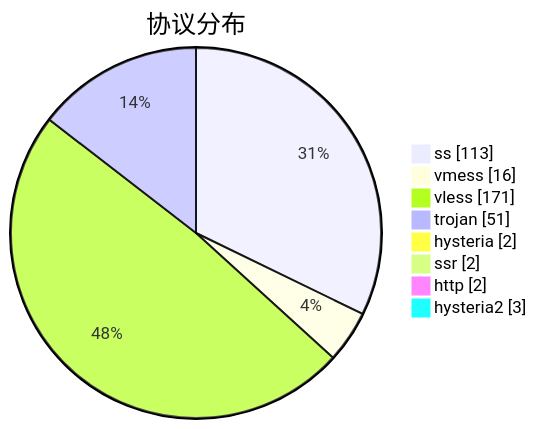
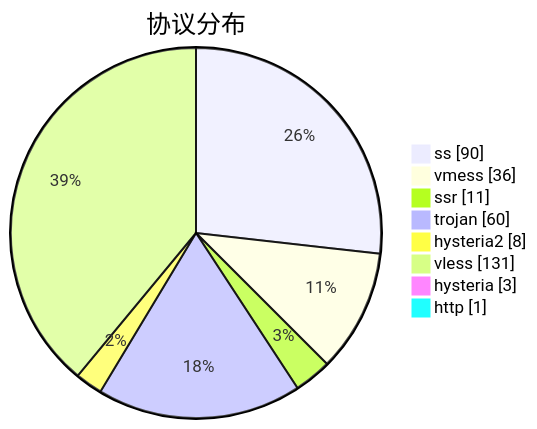
One commit to sinspired/airport changed the third of 3 diagrams in subs/statistics/tested_within.md. Above: the diagram before and after it, drawn with Mermaid. The commit also changed other lines of this file and 2 other files, not shown here.

````diff
--- a/subs/statistics/tested_within.md
+++ b/subs/statistics/tested_within.md
@@ -68,12 +63,12 @@
 ```mermaid
 pie showData
 title 协议分布
-"ss" : 113
-"vmess" : 16
-"vless" : 171
-"trojan" : 51
-"hysteria" : 2
-"ssr" : 2
-"http" : 2
-"hysteria2" : 3
+"ss" : 90
+"vmess" : 36
+"ssr" : 11
+"trojan" : 60
+"hysteria2" : 8
+"vless" : 131
+"hysteria" : 3
+"http" : 1
 ```
````
